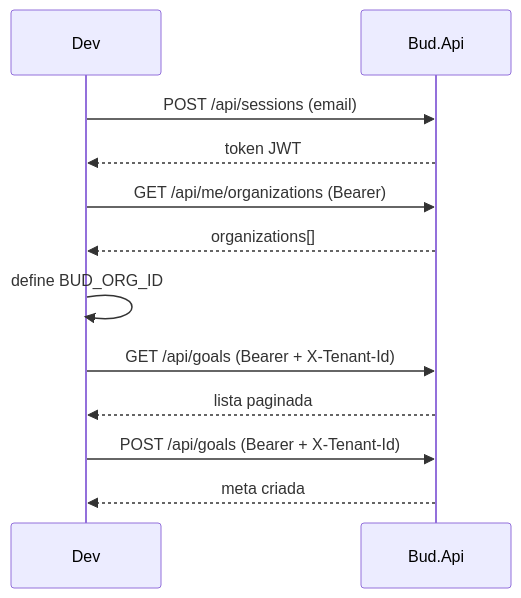
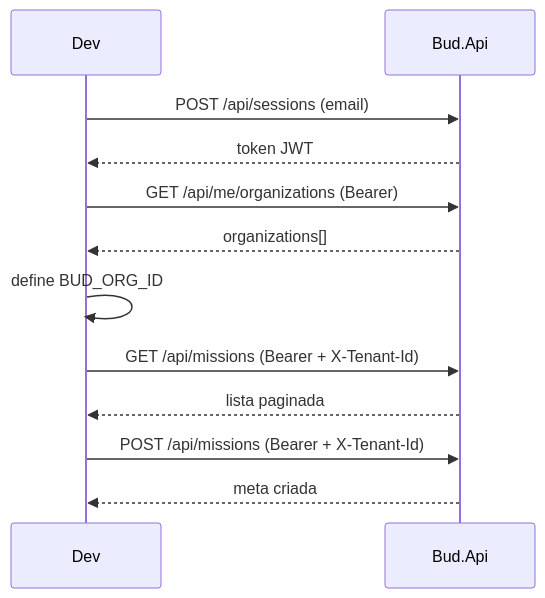
One commit to getbud-co/bud2 changed the tenth of 11 diagrams in README.md. Above: the diagram before and after it, drawn with Mermaid. The commit also changed other lines of this file and 11 other files, not shown here.

````diff
--- a/README.md
+++ b/README.md
@@ -780,15 +782,15 @@
 ```mermaid
 sequenceDiagram
     participant Dev as Dev
     participant API as Bud.Api
 
     Dev->>API: POST /api/sessions (email)
     API-->>Dev: token JWT
     Dev->>API: GET /api/me/organizations (Bearer)
     API-->>Dev: organizations[]
     Dev->>Dev: define BUD_ORG_ID
-    Dev->>API: GET /api/goals (Bearer + X-Tenant-Id)
+    Dev->>API: GET /api/missions (Bearer + X-Tenant-Id)
     API-->>Dev: lista paginada
-    Dev->>API: POST /api/goals (Bearer + X-Tenant-Id)
+    Dev->>API: POST /api/missions (Bearer + X-Tenant-Id)
     API-->>Dev: meta criada
 ```
````
